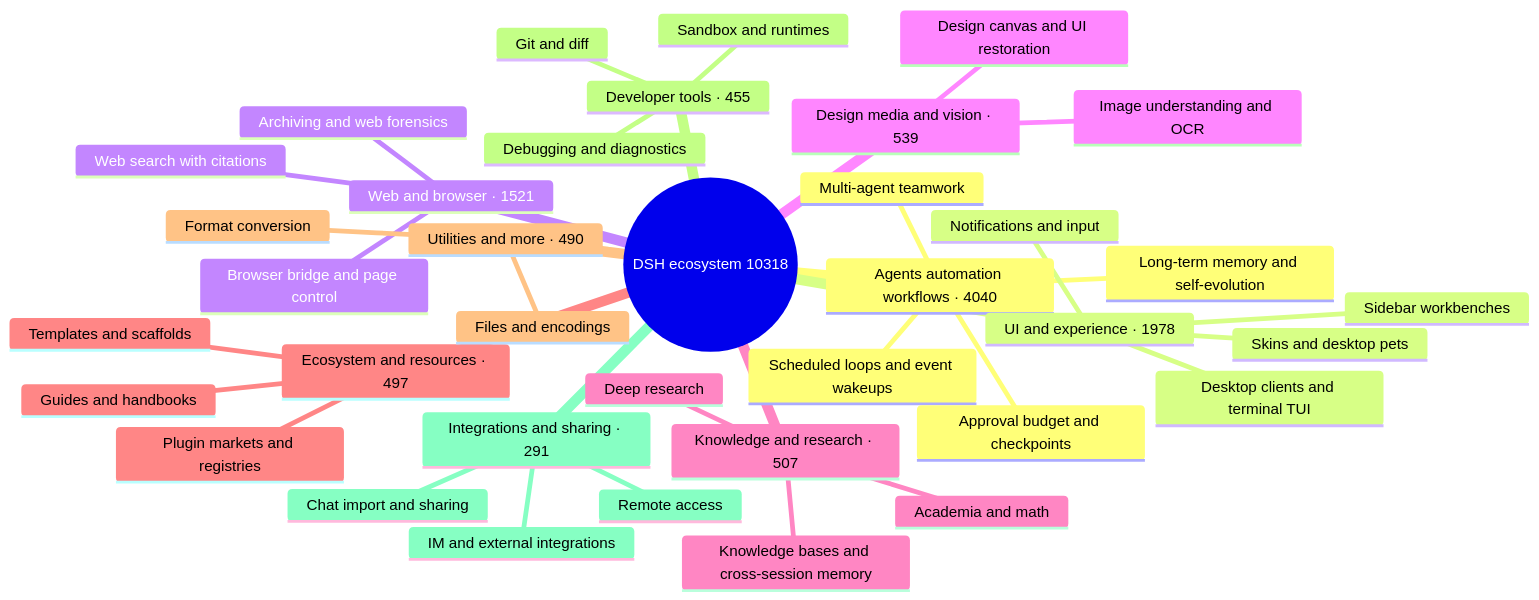
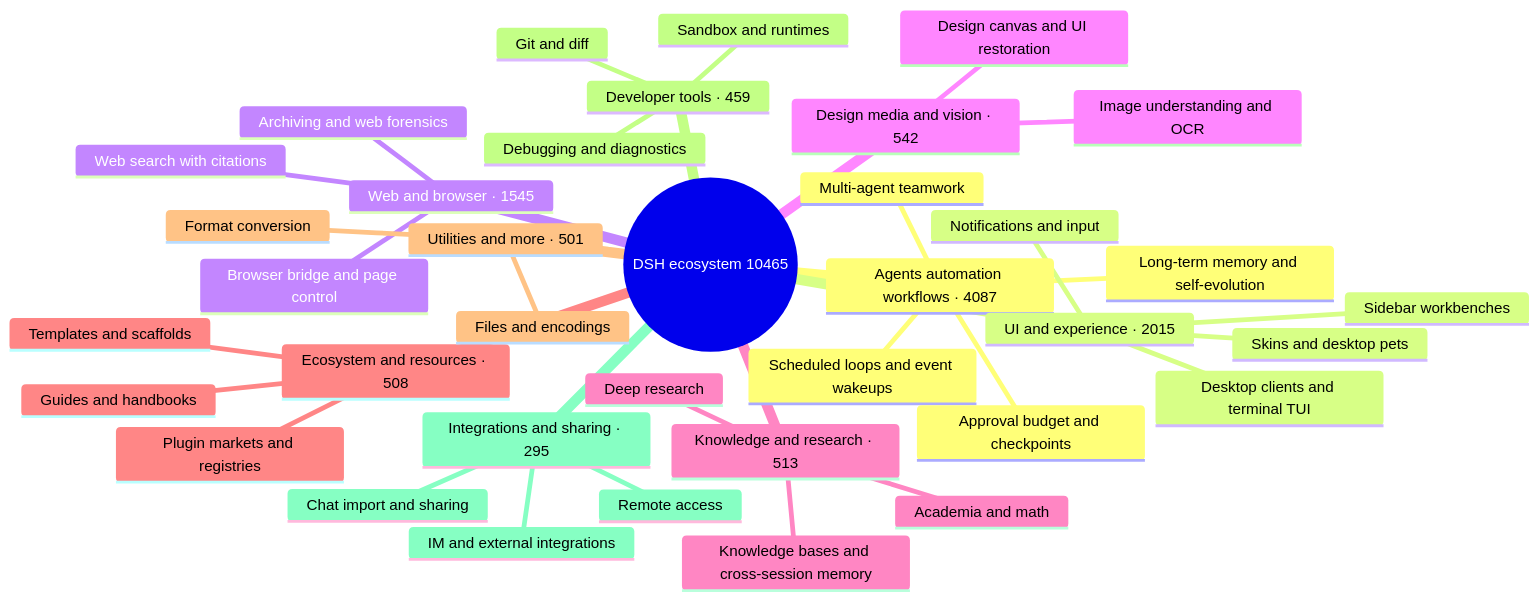
The diagram in README_EN.md (bruc3van/awesome-dsh-plugin), drawn with Mermaid before and after one commit. The commit also changed other lines of this file and 20 other files, not shown here.

````diff
--- a/README_EN.md
+++ b/README_EN.md
@@ -33,40 +33,40 @@
 ```mermaid
 mindmap
-  root((DSH ecosystem 10318))
-    Agents automation workflows · 4040
+  root((DSH ecosystem 10465))
+    Agents automation workflows · 4087
       Scheduled loops and event wakeups
       Multi-agent teamwork
       Long-term memory and self-evolution
       Approval budget and checkpoints
-    UI and experience · 1978
+    UI and experience · 2015
       Desktop clients and terminal TUI
       Sidebar workbenches
       Skins and desktop pets
       Notifications and input
-    Web and browser · 1521
+    Web and browser · 1545
       Browser bridge and page control
       Web search with citations
       Archiving and web forensics
-    Design media and vision · 539
+    Design media and vision · 542
       Image understanding and OCR
       Design canvas and UI restoration
-    Knowledge and research · 507
+    Knowledge and research · 513
       Knowledge bases and cross-session memory
       Deep research
       Academia and math
-    Ecosystem and resources · 497
+    Ecosystem and resources · 508
       Plugin markets and registries
       Templates and scaffolds
       Guides and handbooks
-    Utilities and more · 490
+    Utilities and more · 501
       Files and encodings
       Format conversion
-    Developer tools · 455
+    Developer tools · 459
       Git and diff
       Sandbox and runtimes
       Debugging and diagnostics
-    Integrations and sharing · 291
+    Integrations and sharing · 295
       Chat import and sharing
       Remote access
       IM and external integrations
 ```
````
